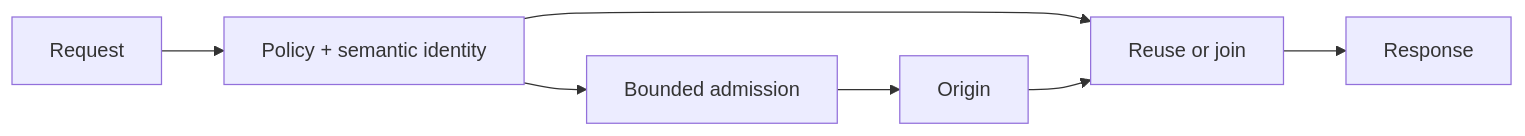
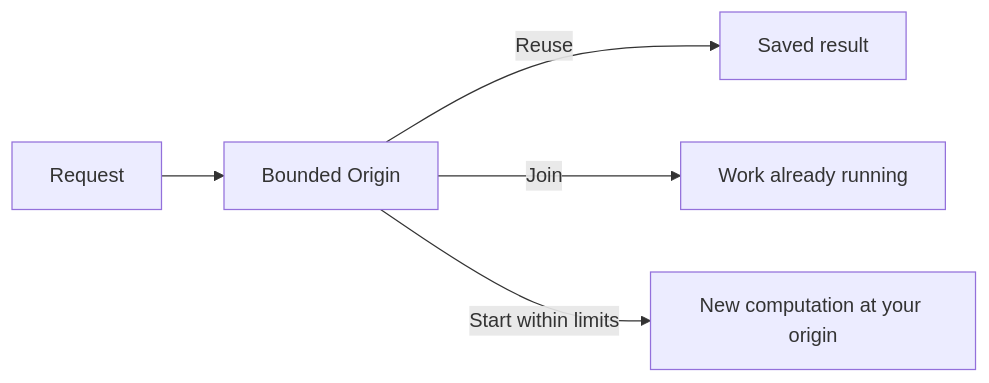
Before and after one commit to aalsanie/bounded-origin: the diagram in README.md, drawn with Mermaid. The commit also changed other lines of this file and 1 other file, not shown here.

````diff
--- a/README.md
+++ b/README.md
@@ -13,9 +12,7 @@
 ```mermaid
 flowchart LR
-    R[Request] --> P[Policy + semantic identity]
-    P --> S[Reuse or join]
-    P --> B[Bounded admission]
-    B --> O[Origin]
-    O --> S
-    S --> D[Response]
+    R[Request] --> B[Bounded Origin]
+    B -->|Reuse| S[Saved result]
+    B -->|Join| W[Work already running]
+    B -->|Start within limits| O[New computation at your origin]
 ```
````
